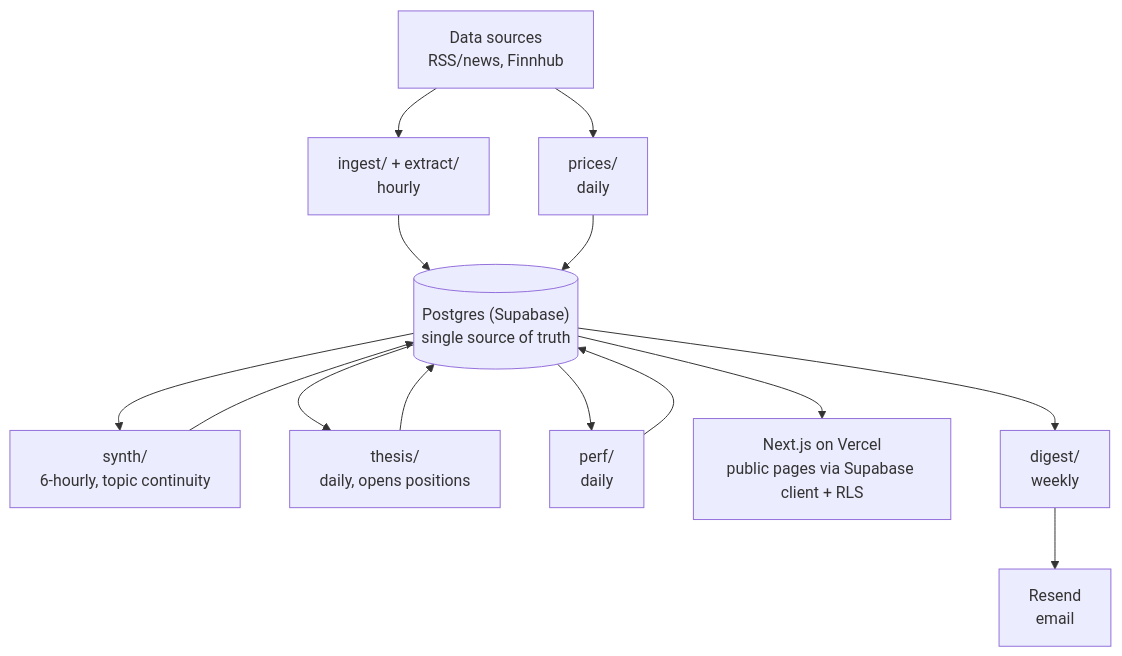
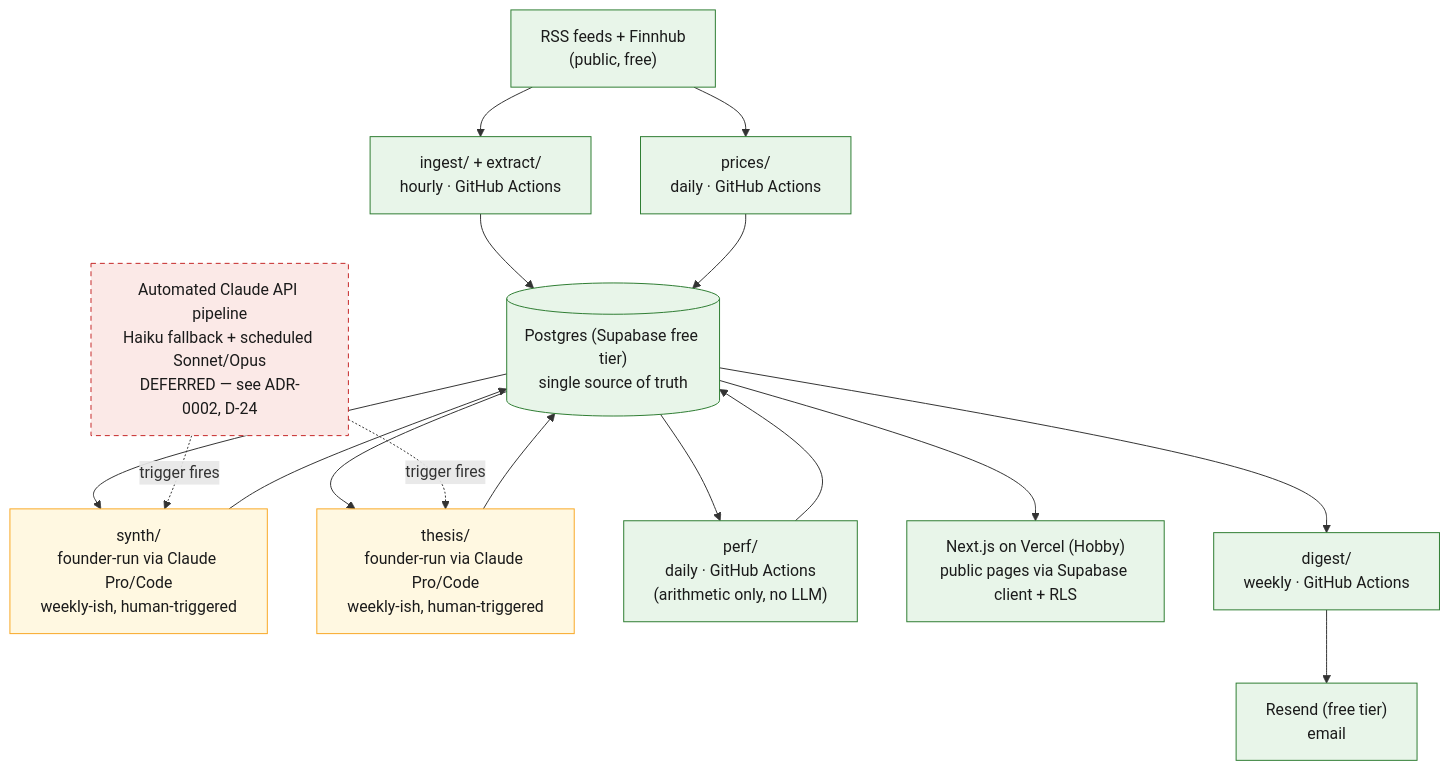
Before and after one commit to andreariosa/topicron: the diagram in docs/ARCHITECTURE.md, drawn with Mermaid. The commit also changed other lines of this file and 6 other files, not shown here.

Commit message:
Add ADR-0002 free-tier-first constraint and align planning docs

````diff
--- a/docs/ARCHITECTURE.md
+++ b/docs/ARCHITECTURE.md
@@ -112,16 +124,28 @@
 ```mermaid
 flowchart TD
-    A["Data sources<br/>RSS/news, Finnhub"] --> B["ingest/ + extract/<br/>hourly"]
-    A --> P["prices/<br/>daily"]
-    B --> DB[("Postgres (Supabase)<br/>single source of truth")]
-    P --> DB
-    DB --> S["synth/<br/>6-hourly, topic continuity"]
-    S --> DB
-    DB --> T["thesis/<br/>daily, opens positions"]
-    T --> DB
-    DB --> PF["perf/<br/>daily"]
+    RSS["RSS feeds + Finnhub<br/>(public, free)"] --> ING["ingest/ + extract/<br/>hourly · GitHub Actions"]
+    RSS --> PRC["prices/<br/>daily · GitHub Actions"]
+    ING --> DB[("Postgres (Supabase free tier)<br/>single source of truth")]
+    PRC --> DB
+    DB --> SYN["synth/<br/>founder-run via Claude Pro/Code<br/>weekly-ish, human-triggered"]
+    SYN --> DB
+    DB --> THS["thesis/<br/>founder-run via Claude Pro/Code<br/>weekly-ish, human-triggered"]
+    THS --> DB
+    DB --> PF["perf/<br/>daily · GitHub Actions<br/>(arithmetic only, no LLM)"]
     PF --> DB
-    DB --> N["Next.js on Vercel<br/>public pages via Supabase client + RLS"]
-    DB --> W["digest/<br/>weekly"]
-    W --> E["Resend<br/>email"]
+    DB --> N["Next.js on Vercel (Hobby)<br/>public pages via Supabase client + RLS"]
+    DB --> W["digest/<br/>weekly · GitHub Actions"]
+    W --> E["Resend (free tier)<br/>email"]
+
+    FUT["Automated Claude API pipeline<br/>Haiku fallback + scheduled Sonnet/Opus<br/>DEFERRED — see ADR-0002, D-24"]
+    FUT -.->|trigger fires| SYN
+    FUT -.->|trigger fires| THS
+
+    classDef free fill:#e8f5e9,stroke:#2e7d32,color:#1b1b1b;
+    classDef manual fill:#fff8e1,stroke:#f9a825,color:#1b1b1b;
+    classDef deferred fill:#fbe9e7,stroke:#c62828,color:#1b1b1b,stroke-dasharray: 5 4;
+
+    class RSS,ING,PRC,DB,PF,N,W,E free;
+    class SYN,THS manual;
+    class FUT deferred;
 ```
````
